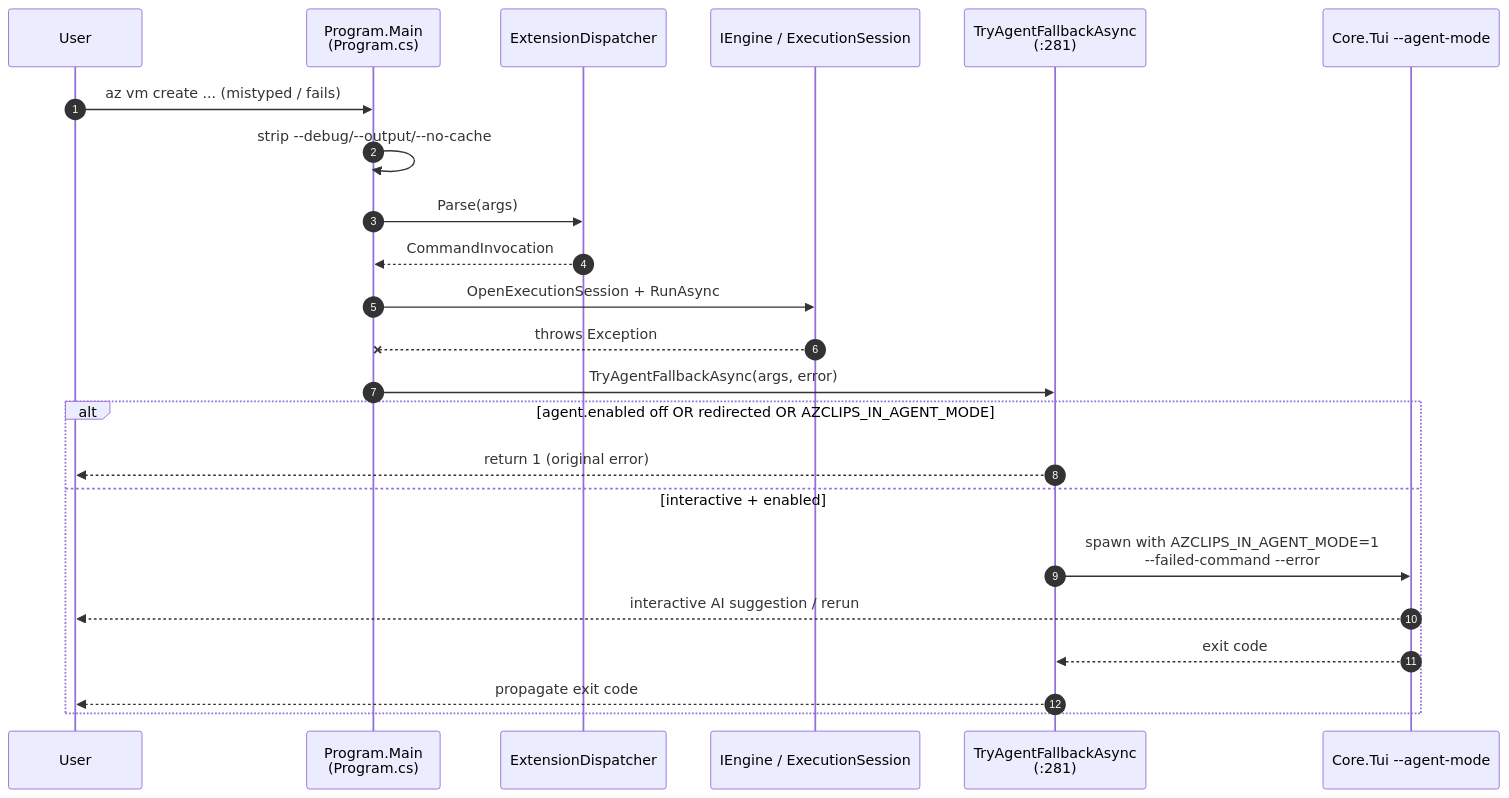
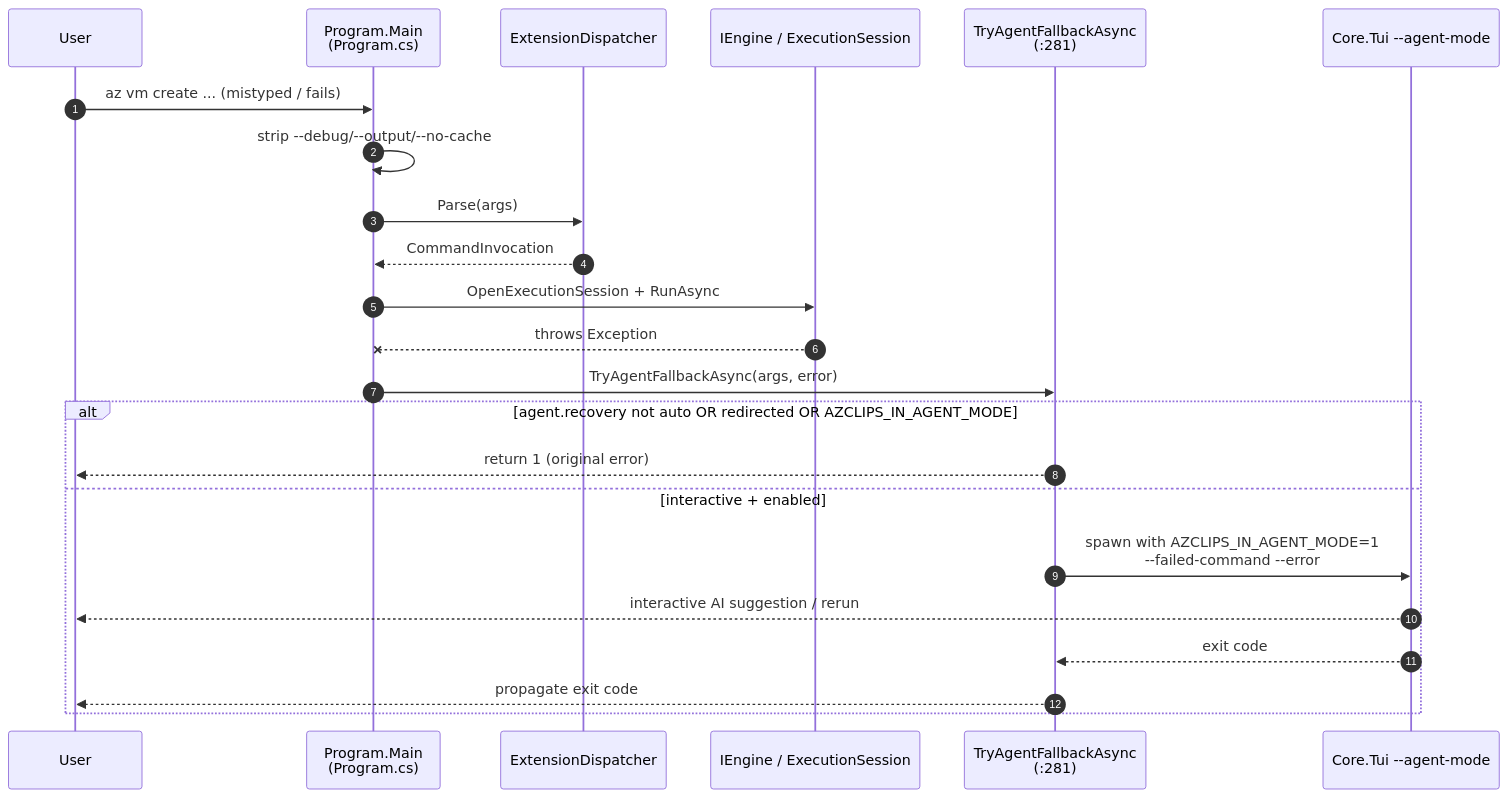
One commit to Azure/azclips changed the second of 2 diagrams in wiki/01-getting-started/cli-usage.md. Above: the diagram before and after it, drawn with Mermaid. The commit also changed other lines of this file and 37 other files, not shown here.

Commit message:
feat(recovery): remove released agent keys without migration and default recovery to off

````diff
--- a/wiki/01-getting-started/cli-usage.md
+++ b/wiki/01-getting-started/cli-usage.md
@@ -104,26 +104,26 @@
 ```mermaid
 sequenceDiagram
     autonumber
     participant User
     participant Main as Program.Main<br>(Program.cs)
     participant Disp as ExtensionDispatcher
     participant Eng as IEngine / ExecutionSession
     participant Fallback as TryAgentFallbackAsync<br>(:281)
     participant TUI as Core.Tui --agent-mode
 
     User->>Main: az vm create ... (mistyped / fails)
     Main->>Main: strip --debug/--output/--no-cache
     Main->>Disp: Parse(args)
     Disp-->>Main: CommandInvocation
     Main->>Eng: OpenExecutionSession + RunAsync
     Eng--xMain: throws Exception
     Main->>Fallback: TryAgentFallbackAsync(args, error)
-    alt agent.enabled off OR redirected OR AZCLIPS_IN_AGENT_MODE
+    alt agent.recovery not auto OR redirected OR AZCLIPS_IN_AGENT_MODE
         Fallback-->>User: return 1 (original error)
     else interactive + enabled
         Fallback->>TUI: spawn with AZCLIPS_IN_AGENT_MODE=1<br>--failed-command --error
         TUI-->>User: interactive AI suggestion / rerun
         TUI-->>Fallback: exit code
         Fallback-->>User: propagate exit code
     end
 ```
````
